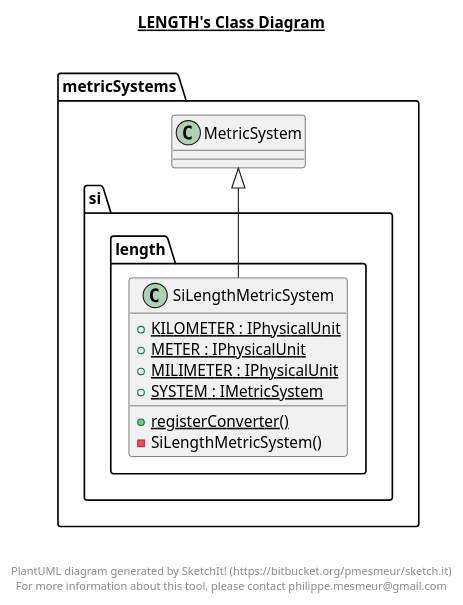
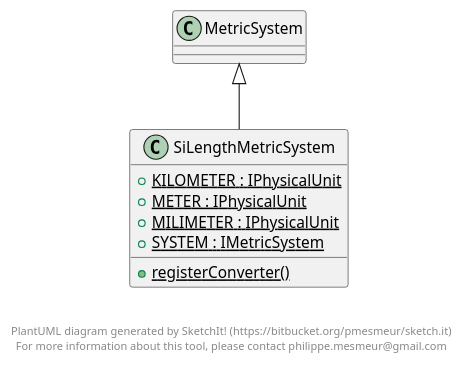
Before and after one commit to leandroGO/ADSOF_2020: the diagram in P4/src/metricSystems/si/length/length.plantuml, drawn with PlantUML. The commit also changed 9 other files, not shown here.

```diff
--- a/P4/src/metricSystems/si/length/length.plantuml
+++ b/P4/src/metricSystems/si/length/length.plantuml
@@ -1,29 +1,22 @@
 @startuml
 
-title __LENGTH's Class Diagram__\n
-
-  namespace metricSystems {
-    namespace si.length {
-      class metricSystems.si.length.SiLengthMetricSystem {
+      class SiLengthMetricSystem {
           {static} + KILOMETER : IPhysicalUnit
           {static} + METER : IPhysicalUnit
           {static} + MILIMETER : IPhysicalUnit
           {static} + SYSTEM : IMetricSystem
           {static} + registerConverter()
-          - SiLengthMetricSystem()
       }
-    }
-  }
   
 
-  metricSystems.si.length.SiLengthMetricSystem -up-|> metricSystems.MetricSystem
+SiLengthMetricSystem -up-|> MetricSystem
 
 
 right footer
 
 
 PlantUML diagram generated by SketchIt! (https://bitbucket.org/pmesmeur/sketch.it)
 For more information about this tool, please contact philippe.mesmeur@gmail.com
 endfooter
 
 @enduml
```
